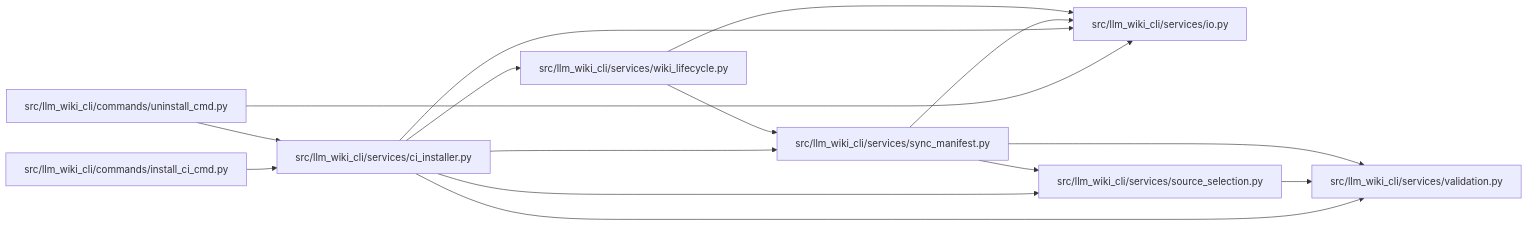
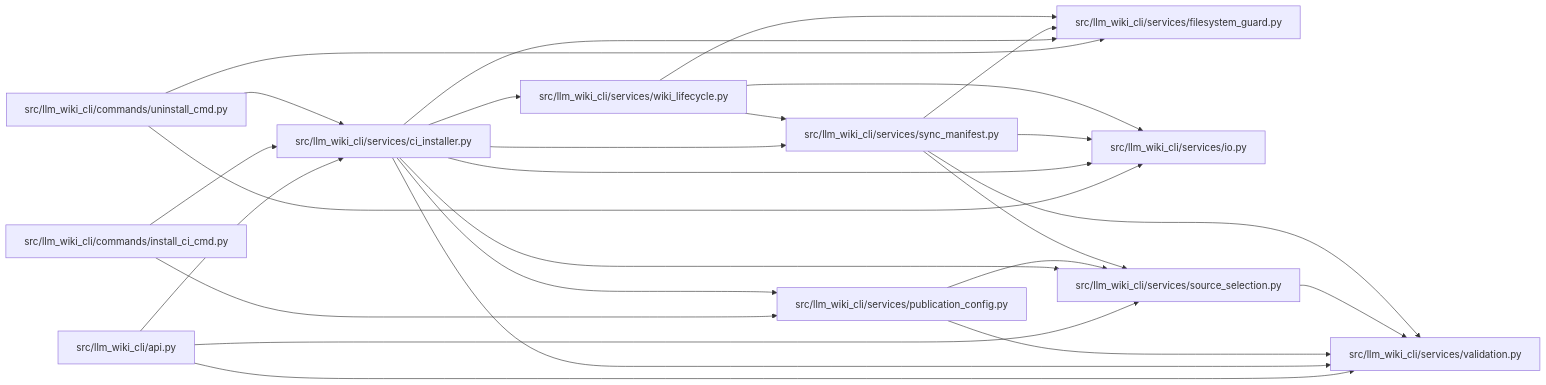
The diagram in docs/llm_wiki/modules/ci_installer.md (Denissvgn/python-wiki-llm), drawn with Mermaid before and after one commit. The commit also changed other lines of this file and 369 other files, not shown here.

Commit message:
feat: install a read-only GitHub wiki candidate workflow

````diff
--- a/docs/llm_wiki/modules/ci_installer.md
+++ b/docs/llm_wiki/modules/ci_installer.md
@@ -29,33 +31,50 @@
 ```mermaid
 flowchart LR
-    n0["src/llm_wiki_cli/commands/install_ci_cmd.py"]
-    n1["src/llm_wiki_cli/commands/uninstall_cmd.py"]
-    n2["src/llm_wiki_cli/services/ci_installer.py"]
-    n3["src/llm_wiki_cli/services/io.py"]
-    n4["src/llm_wiki_cli/services/source_selection.py"]
-    n5["src/llm_wiki_cli/services/sync_manifest.py"]
-    n6["src/llm_wiki_cli/services/validation.py"]
-    n7["src/llm_wiki_cli/services/wiki_lifecycle.py"]
-    n0 --> n2
-    n1 --> n2
+    n0["src/llm_wiki_cli/api.py"]
+    n1["src/llm_wiki_cli/commands/install_ci_cmd.py"]
+    n2["src/llm_wiki_cli/commands/uninstall_cmd.py"]
+    n3["src/llm_wiki_cli/services/ci_installer.py"]
+    n4["src/llm_wiki_cli/services/filesystem_guard.py"]
+    n5["src/llm_wiki_cli/services/io.py"]
+    n6["src/llm_wiki_cli/services/publication_config.py"]
+    n7["src/llm_wiki_cli/services/source_selection.py"]
+    n8["src/llm_wiki_cli/services/sync_manifest.py"]
+    n9["src/llm_wiki_cli/services/validation.py"]
+    n10["src/llm_wiki_cli/services/wiki_lifecycle.py"]
+    n0 --> n3
+    n0 --> n7
+    n0 --> n9
     n1 --> n3
+    n1 --> n6
     n2 --> n3
     n2 --> n4
     n2 --> n5
-    n2 --> n6
-    n2 --> n7
-    n4 --> n6
-    n5 --> n3
-    n5 --> n4
-    n5 --> n6
-    n7 --> n3
-    n7 --> n5
-    click n0 "../modules/install_ci_cmd.md"
-    click n1 "../modules/uninstall_cmd.md"
-    click n2 "../modules/ci_installer.md"
-    click n3 "../modules/io.md"
-    click n4 "../modules/source_selection.md"
-    click n5 "../modules/sync_manifest.md"
-    click n6 "../modules/validation.md"
-    click n7 "../modules/wiki_lifecycle.md"
+    n3 --> n4
+    n3 --> n5
+    n3 --> n6
+    n3 --> n7
+    n3 --> n8
+    n3 --> n9
+    n3 --> n10
+    n6 --> n7
+    n6 --> n9
+    n7 --> n9
+    n8 --> n4
+    n8 --> n5
+    n8 --> n7
+    n8 --> n9
+    n10 --> n4
+    n10 --> n5
+    n10 --> n8
+    click n0 "../modules/api.md"
+    click n1 "../modules/install_ci_cmd.md"
+    click n2 "../modules/uninstall_cmd.md"
+    click n3 "../modules/ci_installer.md"
+    click n4 "../modules/filesystem_guard.md"
+    click n5 "../modules/io.md"
+    click n6 "../modules/publication_config.md"
+    click n7 "../modules/source_selection.md"
+    click n8 "../modules/sync_manifest.md"
+    click n9 "../modules/validation.md"
+    click n10 "../modules/wiki_lifecycle.md"
 ```
````
